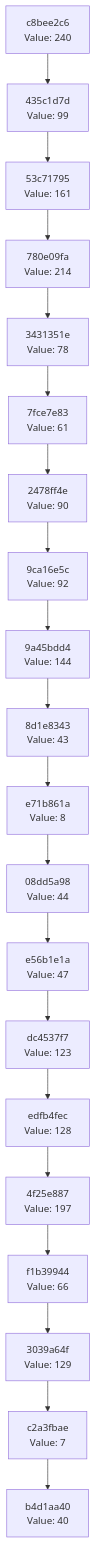
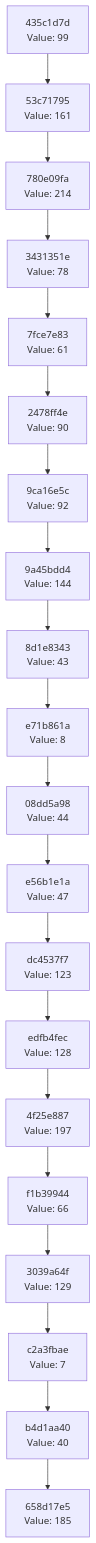
Before and after one commit to Abhisheksinha1506/hash-chain-evolver: the diagram in docs/CHAIN_VISUALIZATION.md, drawn with Mermaid. The commit also changed 2 other files, not shown here.

Commit message:
Evolution step: hash 0xB9 → action executed

````diff
--- a/docs/CHAIN_VISUALIZATION.md
+++ b/docs/CHAIN_VISUALIZATION.md
@@ -3,42 +3,42 @@
 ```mermaid
 graph TD
-    C0["b4d1aa40<br/>Value: 40"]
-    C1["c2a3fbae<br/>Value: 7"]
+    C0["658d17e5<br/>Value: 185"]
+    C1["b4d1aa40<br/>Value: 40"]
     C1 --> C0
-    C2["3039a64f<br/>Value: 129"]
+    C2["c2a3fbae<br/>Value: 7"]
     C2 --> C1
-    C3["f1b39944<br/>Value: 66"]
+    C3["3039a64f<br/>Value: 129"]
     C3 --> C2
-    C4["4f25e887<br/>Value: 197"]
+    C4["f1b39944<br/>Value: 66"]
     C4 --> C3
-    C5["edfb4fec<br/>Value: 128"]
+    C5["4f25e887<br/>Value: 197"]
     C5 --> C4
-    C6["dc4537f7<br/>Value: 123"]
+    C6["edfb4fec<br/>Value: 128"]
     C6 --> C5
-    C7["e56b1e1a<br/>Value: 47"]
+    C7["dc4537f7<br/>Value: 123"]
     C7 --> C6
-    C8["08dd5a98<br/>Value: 44"]
+    C8["e56b1e1a<br/>Value: 47"]
     C8 --> C7
-    C9["e71b861a<br/>Value: 8"]
+    C9["08dd5a98<br/>Value: 44"]
     C9 --> C8
-    C10["8d1e8343<br/>Value: 43"]
+    C10["e71b861a<br/>Value: 8"]
     C10 --> C9
-    C11["9a45bdd4<br/>Value: 144"]
+    C11["8d1e8343<br/>Value: 43"]
     C11 --> C10
-    C12["9ca16e5c<br/>Value: 92"]
+    C12["9a45bdd4<br/>Value: 144"]
     C12 --> C11
-    C13["2478ff4e<br/>Value: 90"]
+    C13["9ca16e5c<br/>Value: 92"]
     C13 --> C12
-    C14["7fce7e83<br/>Value: 61"]
+    C14["2478ff4e<br/>Value: 90"]
     C14 --> C13
-    C15["3431351e<br/>Value: 78"]
+    C15["7fce7e83<br/>Value: 61"]
     C15 --> C14
-    C16["780e09fa<br/>Value: 214"]
+    C16["3431351e<br/>Value: 78"]
     C16 --> C15
-    C17["53c71795<br/>Value: 161"]
+    C17["780e09fa<br/>Value: 214"]
     C17 --> C16
-    C18["435c1d7d<br/>Value: 99"]
+    C18["53c71795<br/>Value: 161"]
     C18 --> C17
-    C19["c8bee2c6<br/>Value: 240"]
+    C19["435c1d7d<br/>Value: 99"]
     C19 --> C18
 ```
````
